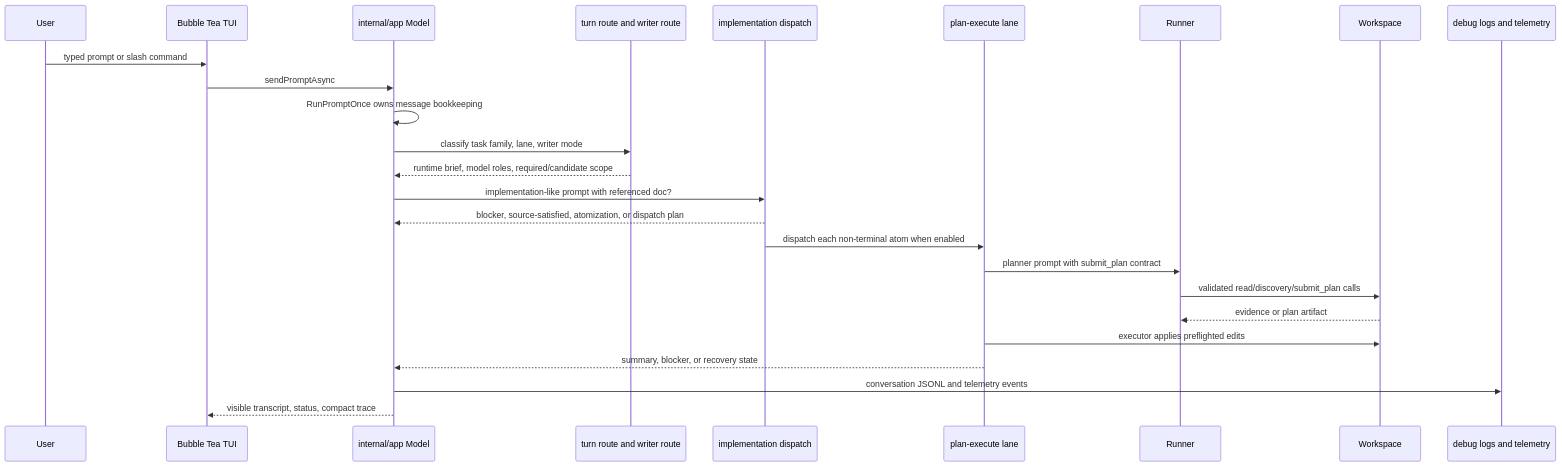
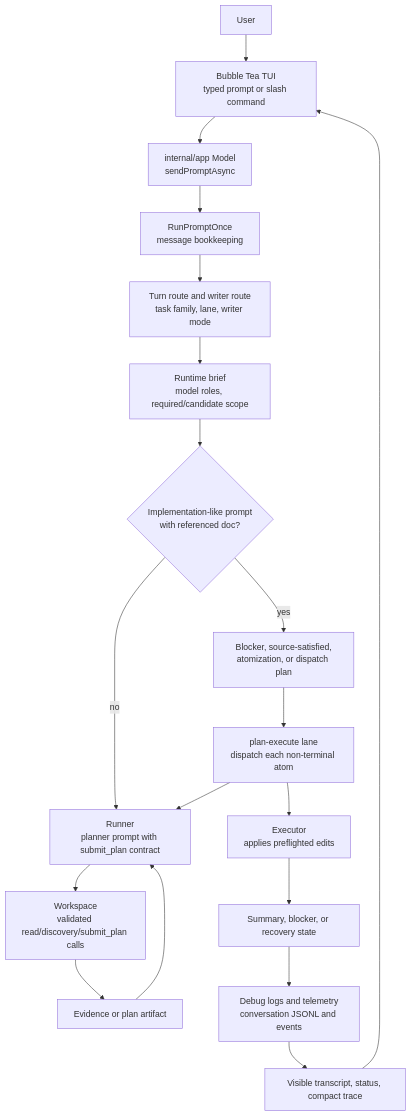
One commit to BLuchterhand/Idiom changed the first of 2 diagrams in docs/obsidian/19 - CLI TUI and Operator Surface.md. Above: the diagram before and after it, drawn with Mermaid. The commit also changed other lines of this file and 16 other files, not shown here.

Commit message:
docs: mark roadmap items in obsidian notes

````diff
--- a/docs/obsidian/19 - CLI TUI and Operator Surface.md
+++ b/docs/obsidian/19 - CLI TUI and Operator Surface.md
@@ -59,28 +59,25 @@
 ```mermaid
-sequenceDiagram
-    participant User
-    participant TUI as Bubble Tea TUI
-    participant App as internal/app Model
-    participant Route as turn route and writer route
-    participant Dispatch as implementation dispatch
-    participant PlanExecute as plan-execute lane
-    participant Runner
-    participant Workspace
-    participant Logs as debug logs and telemetry
+flowchart TD
+    User["User"]
+    TUI["Bubble Tea TUI<br/>typed prompt or slash command"]
+    App["internal/app Model<br/>sendPromptAsync"]
+    Bookkeeping["RunPromptOnce<br/>message bookkeeping"]
+    Route["Turn route and writer route<br/>task family, lane, writer mode"]
+    Brief["Runtime brief<br/>model roles, required/candidate scope"]
+    Dispatch{"Implementation-like prompt<br/>with referenced doc?"}
+    DispatchResult["Blocker, source-satisfied,<br/>atomization, or dispatch plan"]
+    PlanExecute["plan-execute lane<br/>dispatch each non-terminal atom"]
+    Runner["Runner<br/>planner prompt with submit_plan contract"]
+    Workspace["Workspace<br/>validated read/discovery/submit_plan calls"]
+    Evidence["Evidence or plan artifact"]
+    Executor["Executor<br/>applies preflighted edits"]
+    LaneResult["Summary, blocker, or recovery state"]
+    Logs["Debug logs and telemetry<br/>conversation JSONL and events"]
+    Transcript["Visible transcript, status, compact trace"]
 
-    User->>TUI: typed prompt or slash command
-    TUI->>App: sendPromptAsync
-    App->>App: RunPromptOnce owns message bookkeeping
-    App->>Route: classify task family, lane, writer mode
-    Route-->>App: runtime brief, model roles, required/candidate scope
-    App->>Dispatch: implementation-like prompt with referenced doc?
-    Dispatch-->>App: blocker, source-satisfied, atomization, or dispatch plan
-    Dispatch->>PlanExecute: dispatch each non-terminal atom when enabled
-    PlanExecute->>Runner: planner prompt with submit_plan contract
-    Runner->>Workspace: validated read/discovery/submit_plan calls
-    Workspace-->>Runner: evidence or plan artifact
-    PlanExecute->>Workspace: executor applies preflighted edits
-    PlanExecute-->>App: summary, blocker, or recovery state
-    App->>Logs: conversation JSONL and telemetry events
-    App-->>TUI: visible transcript, status, compact trace
+    User --> TUI --> App --> Bookkeeping --> Route --> Brief --> Dispatch
+    Dispatch -- no --> Runner
+    Dispatch -- yes --> DispatchResult --> PlanExecute --> Runner
+    Runner --> Workspace --> Evidence --> Runner
+    PlanExecute --> Executor --> LaneResult --> Logs --> Transcript --> TUI
 ```
````
